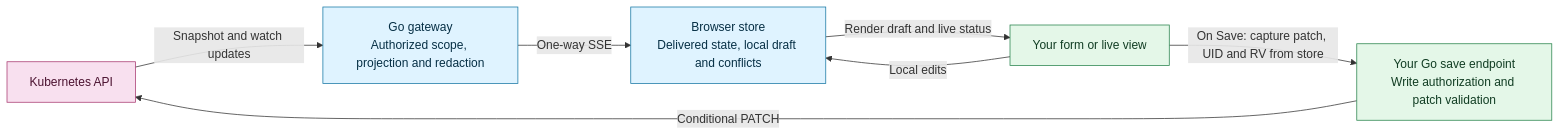
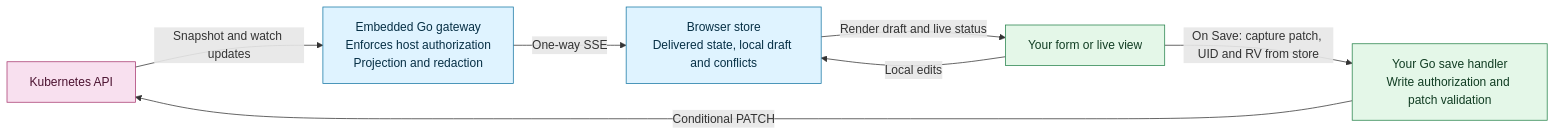
The diagram in README.md (ConfigButler/krm-stream), drawn with Mermaid before and after one commit. The commit also changed other lines of this file and 6 other files, not shown here.

First line of the commit message:
docs: clarify embedded gateway ownership and save-version flow

````diff
--- a/README.md
+++ b/README.md
@@ -68,22 +68,22 @@
 ```mermaid
 flowchart LR
   api["Kubernetes API"]
-  gateway["Go gateway<br/>Authorized scope, projection and redaction"]
+  gateway["Embedded Go gateway<br/>Enforces host authorization<br/>Projection and redaction"]
   store["Browser store<br/>Delivered state, local draft and conflicts"]
   ui["Your form or live view"]
-  save["Your Go save endpoint<br/>Write authorization and patch validation"]
+  save["Your Go save handler<br/>Write authorization and patch validation"]
 
   api -->|"Snapshot and watch updates"| gateway
   gateway -->|"One-way SSE"| store
   store -->|"Render draft and live status"| ui
   ui -->|"Local edits"| store
   ui -->|"On Save: capture patch, UID and RV from store"| save
   save -->|"Conditional PATCH"| api
 
   classDef library fill:#dff3ff,stroke:#1677a4,color:#062f45;
   classDef application fill:#e4f7e8,stroke:#27834c,color:#113d23;
   classDef upstream fill:#f8e0ef,stroke:#a83970,color:#4b1230;
   class gateway,store library;
   class save,ui application;
   class api upstream;
 ```
````
